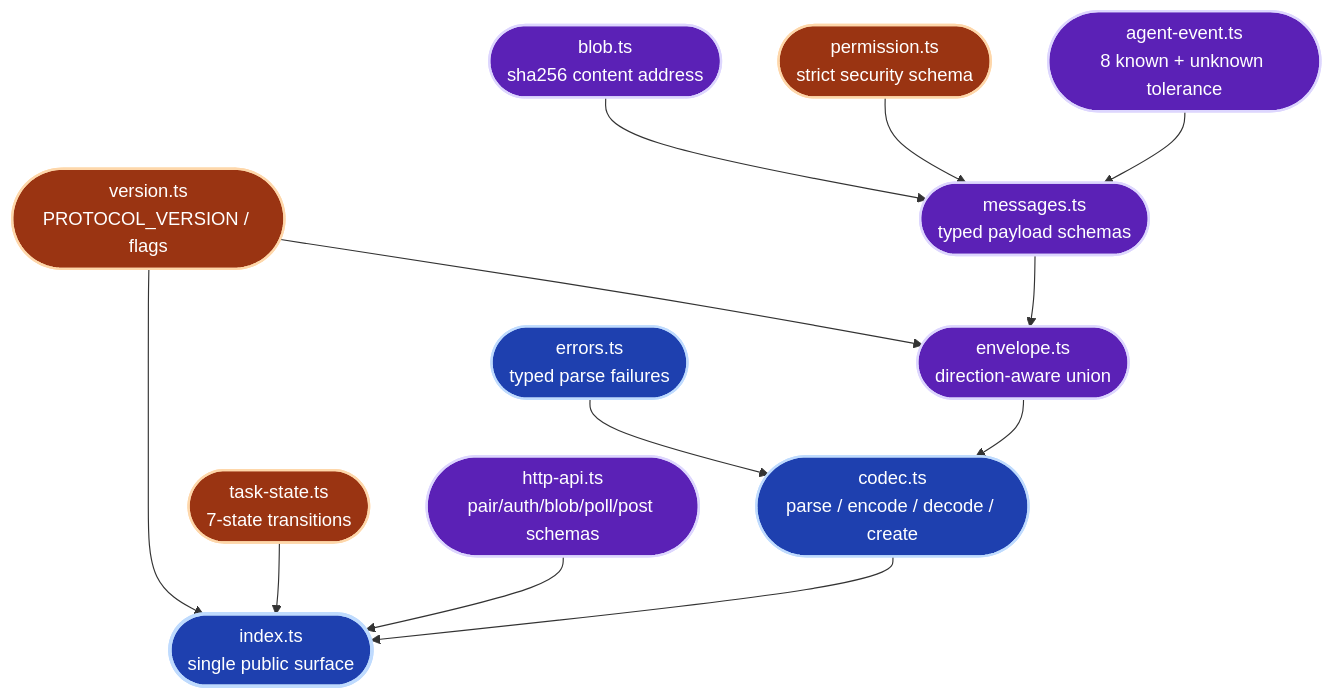
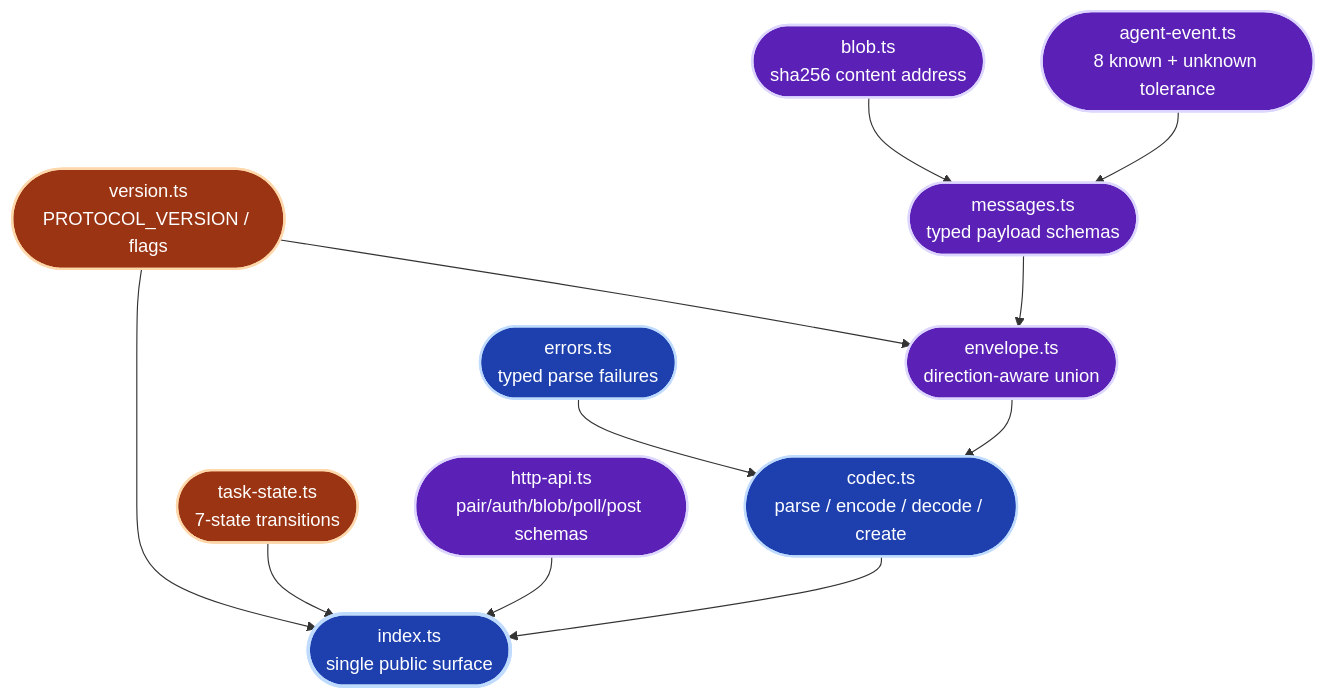
One commit to Ancienttwo/byok-sdk changed the third of 22 diagrams in docs/architecture/sdk-architecture.md. Above: the diagram before and after it, drawn with Mermaid. The commit also changed other lines of this file and 19 other files, not shown here.

````diff
--- a/docs/architecture/sdk-architecture.md
+++ b/docs/architecture/sdk-architecture.md
@@ -203,32 +203,30 @@
 ```mermaid
 flowchart TB
   classDef core fill:#1e40af,stroke:#bfdbfe,stroke-width:2px,color:#fff
   classDef schema fill:#5b21b6,stroke:#ddd6fe,stroke-width:2px,color:#fff
   classDef safety fill:#9a3412,stroke:#fed7aa,stroke-width:2px,color:#fff
 
   Version(["version.ts<br/>PROTOCOL_VERSION / flags"]):::safety
   Messages(["messages.ts<br/>typed payload schemas"]):::schema
   Envelope(["envelope.ts<br/>direction-aware union"]):::schema
   Codec(["codec.ts<br/>parse / encode / decode / create"]):::core
   Events(["agent-event.ts<br/>8 known + unknown tolerance"]):::schema
-  Policy(["permission.ts<br/>strict security schema"]):::safety
   Blob(["blob.ts<br/>sha256 content address"]):::schema
   State(["task-state.ts<br/>7-state transitions"]):::safety
   HTTP(["http-api.ts<br/>pair/auth/blob/poll/post schemas"]):::schema
   Errors(["errors.ts<br/>typed parse failures"]):::core
   Index(["index.ts<br/>single public surface"]):::core
 
   Version --> Envelope
   Events --> Messages
-  Policy --> Messages
   Blob --> Messages
   Messages --> Envelope
   Envelope --> Codec
   Errors --> Codec
   HTTP --> Index
   State --> Index
   Codec --> Index
   Version --> Index
 
   style Index stroke-width:3px
 ```
````
